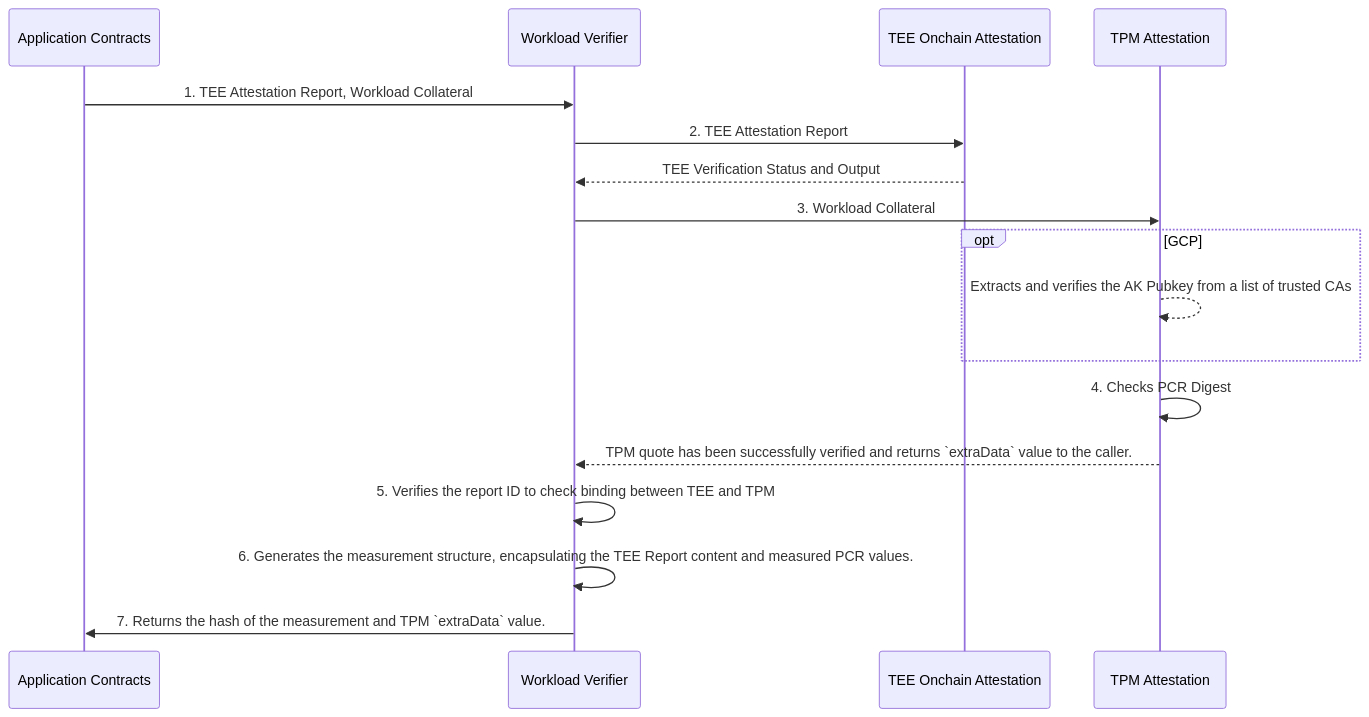
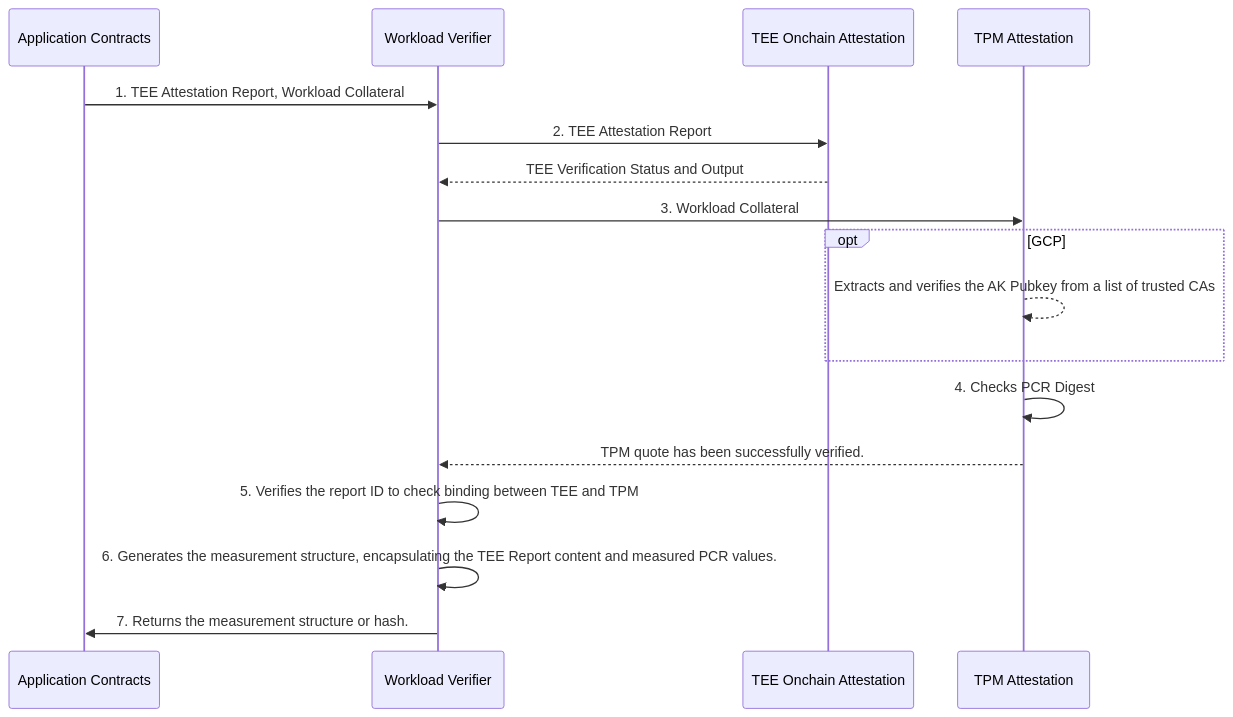
Before and after one commit to automata-network/automata-tee-workload-measurement: the first of 3 diagrams in docs/DEVELOPER_GUIDE.md, drawn with Mermaid. The commit also changed other lines of this file and 4 other files, not shown here.

````diff
--- a/docs/DEVELOPER_GUIDE.md
+++ b/docs/DEVELOPER_GUIDE.md
@@ -38,21 +36,21 @@
 ```mermaid
 sequenceDiagram
     participant A as Application Contracts
     participant W as Workload Verifier
     participant TEE as TEE Onchain Attestation
     participant TPM as TPM Attestation
 
     A->>W: 1. TEE Attestation Report, Workload Collateral
     W->>TEE: 2. TEE Attestation Report
     TEE-->>W: TEE Verification Status and Output
     W->>TPM: 3. Workload Collateral
     opt GCP
         TPM-->>TPM: Extracts and verifies the AK Pubkey from a list of trusted CAs
     end
     TPM->>TPM: 4. Checks PCR Digest
-    TPM-->>W: TPM quote has been successfully verified and returns `extraData` value to the caller.
+    TPM-->>W: TPM quote has been successfully verified.
     W->>W: 5. Verifies the report ID to check binding between TEE and TPM
     W->>W: 6. Generates the measurement structure, encapsulating the TEE Report content and measured PCR values.
-    W->>A: 7. Returns the hash of the measurement and TPM `extraData` value.
+    W->>A: 7. Returns the measurement structure or hash.
 
 ```
````
